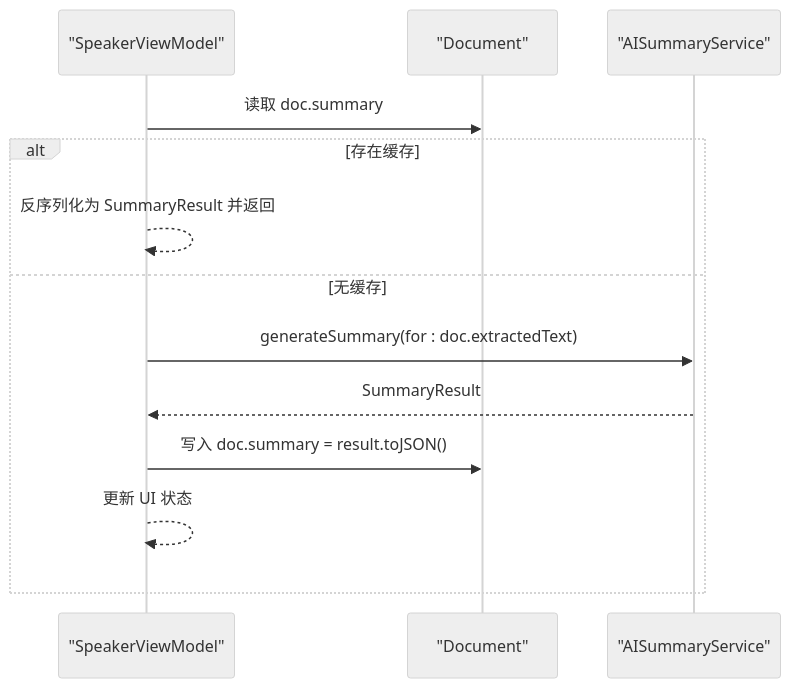
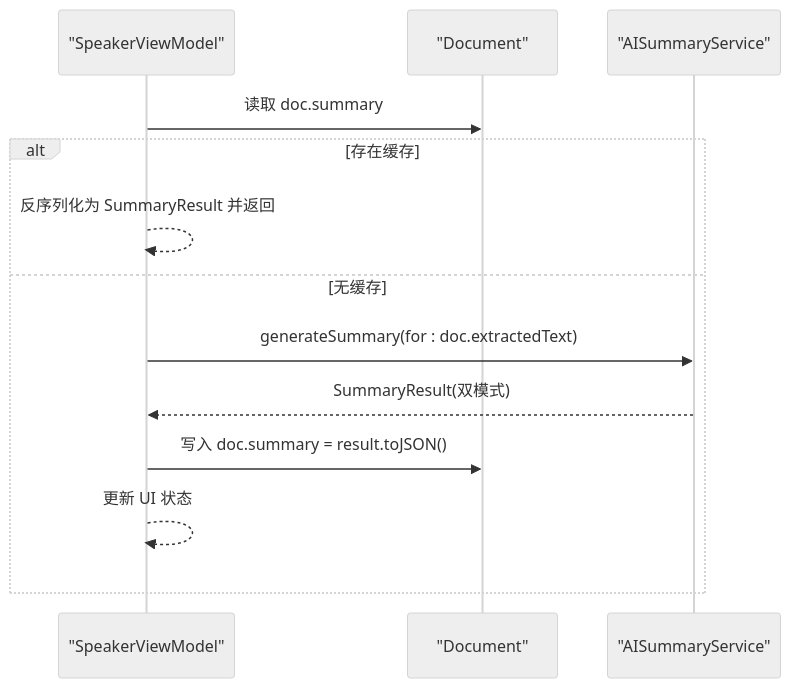
The fifth of 7 diagrams in .qoder/repowiki/zh/content/架构设计/服务层设计/AI 摘要生成服务.md (Primoguo/VoiceReader), drawn with Mermaid (neutral theme) before and after one commit. The commit also changed other lines of this file and 92 other files, not shown here.

````diff
--- a/.qoder/repowiki/zh/content/架构设计/服务层设计/AI 摘要生成服务.md
+++ b/.qoder/repowiki/zh/content/架构设计/服务层设计/AI 摘要生成服务.md
@@ -225,15 +210,15 @@
 ```mermaid
 sequenceDiagram
 participant VM as "SpeakerViewModel"
 participant Doc as "Document"
 participant Svc as "AISummaryService"
 VM->>Doc : 读取 doc.summary
 alt 存在缓存
 VM-->>VM : 反序列化为 SummaryResult 并返回
 else 无缓存
 VM->>Svc : generateSummary(for : doc.extractedText)
-Svc-->>VM : SummaryResult
+Svc-->>VM : SummaryResult(双模式)
 VM->>Doc : 写入 doc.summary = result.toJSON()
 VM-->>VM : 更新 UI 状态
 end
 ```
````
